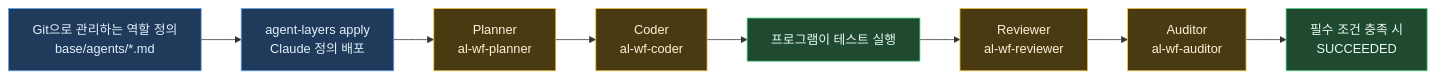
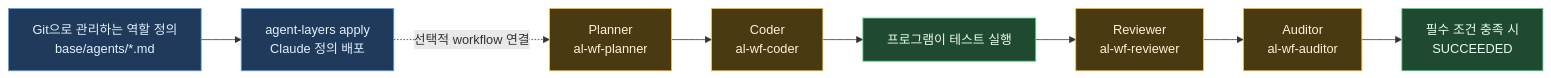
The diagram in docs/WORKFLOW-ROLES.ko.md (dongple-ex/agent-layers), drawn with Mermaid before and after one commit. The commit also changed other lines of this file and 7 other files, not shown here.

````diff
--- a/docs/WORKFLOW-ROLES.ko.md
+++ b/docs/WORKFLOW-ROLES.ko.md
@@ -39,18 +41,18 @@
 ```mermaid
 flowchart LR
   S["Git으로 관리하는 역할 정의<br/>base/agents/*.md"] --> A["agent-layers apply<br/>Claude 정의 배포"]
-  A --> P["Planner<br/>al-wf-planner"]
+  A -. "선택적 workflow 연결" .-> P["Planner<br/>al-wf-planner"]
   P --> C["Coder<br/>al-wf-coder"]
   C --> T["프로그램이 테스트 실행"]
   T --> R["Reviewer<br/>al-wf-reviewer"]
   R --> U["Auditor<br/>al-wf-auditor"]
   U --> D["필수 조건 충족 시<br/>SUCCEEDED"]
   style S fill:#1f3a5a,stroke:#63a8f0,color:#e3f0fd
   style A fill:#1f3a5a,stroke:#63a8f0,color:#e3f0fd
   style P fill:#4a3a12,stroke:#f5c542,color:#fdf3d8
   style C fill:#4a3a12,stroke:#f5c542,color:#fdf3d8
   style T fill:#1f4a30,stroke:#5ddb8f,color:#eafaf0
   style R fill:#4a3a12,stroke:#f5c542,color:#fdf3d8
   style U fill:#4a3a12,stroke:#f5c542,color:#fdf3d8
   style D fill:#1f4a30,stroke:#5ddb8f,color:#eafaf0
 ```
````
